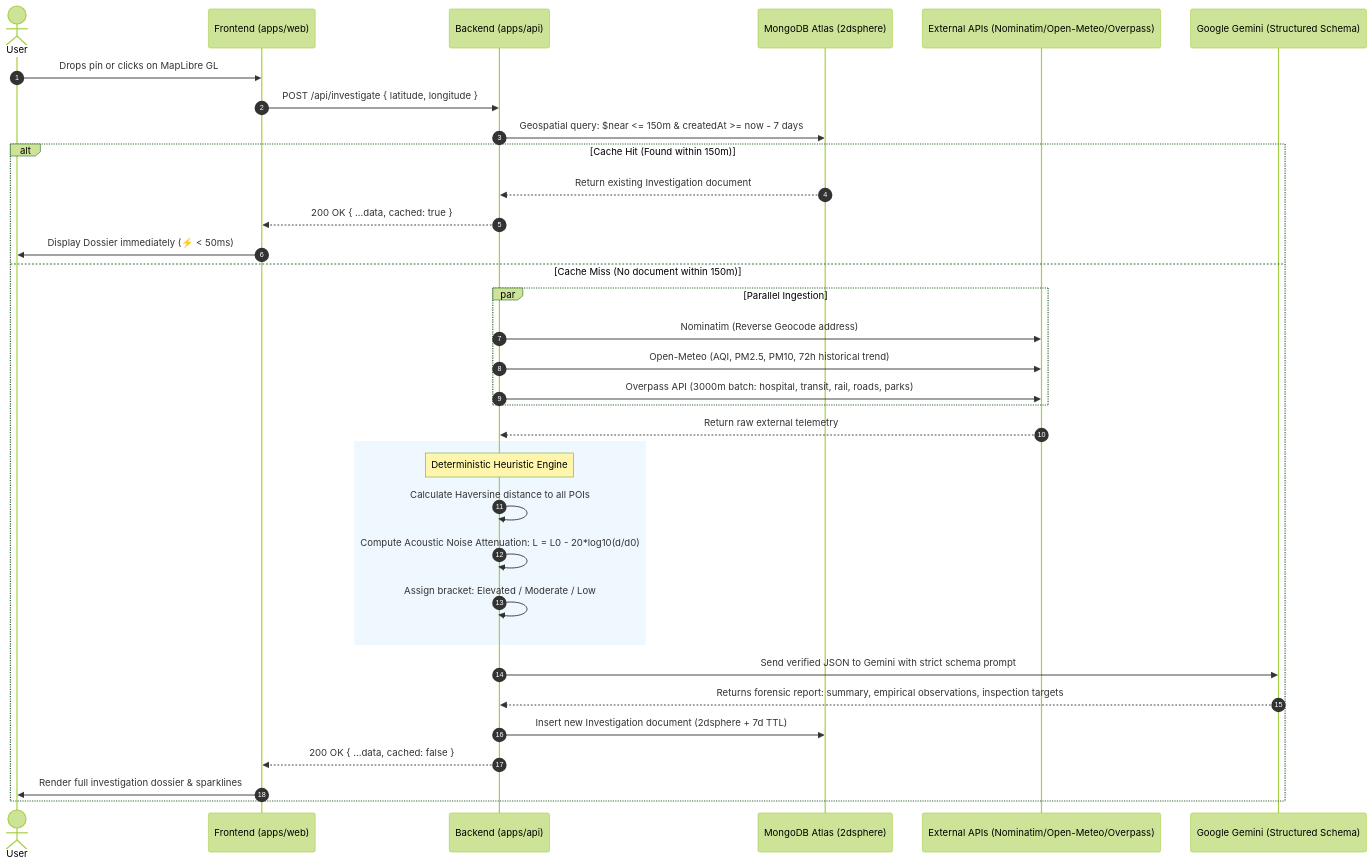
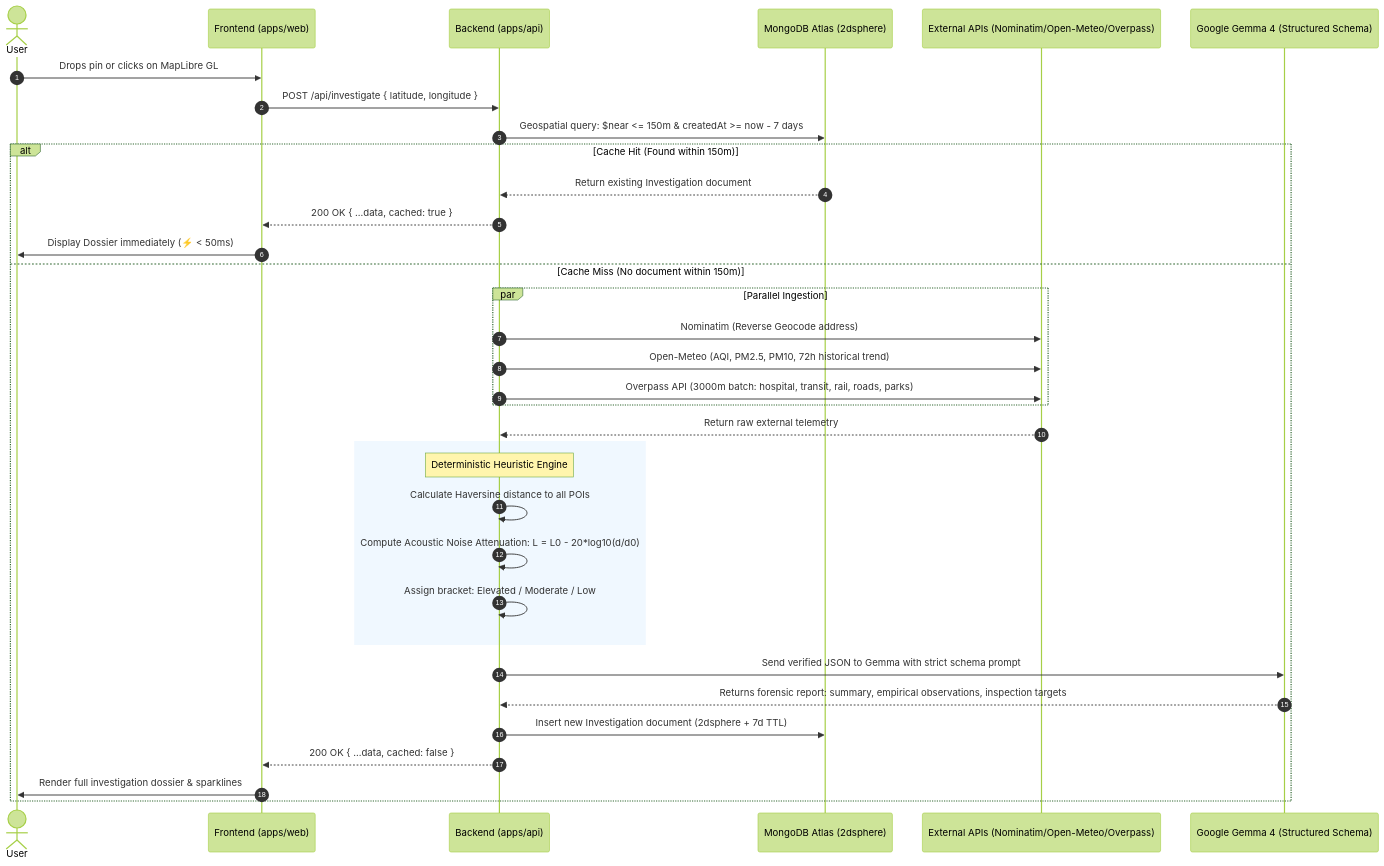
Before and after one commit to Swapnanil-github69/Zonalyze: the diagram in ARCHITECTURE.md, drawn with Mermaid (forest theme). The commit also changed other lines of this file and 8 other files, not shown here.

````diff
--- a/ARCHITECTURE.md
+++ b/ARCHITECTURE.md
@@ -70,41 +70,41 @@
 ```mermaid
 sequenceDiagram
     autonumber
     actor User as User
     participant Web as Frontend (apps/web)
     participant API as Backend (apps/api)
     participant DB as MongoDB Atlas (2dsphere)
     participant Ext as External APIs (Nominatim/Open-Meteo/Overpass)
-    participant AI as Google Gemini (Structured Schema)
+    participant AI as Google Gemma 4 (Structured Schema)
 
     User->>Web: Drops pin or clicks on MapLibre GL
     Web->>API: POST /api/investigate { latitude, longitude }
     API->>DB: Geospatial query: $near <= 150m & createdAt >= now - 7 days
     
     alt Cache Hit (Found within 150m)
         DB-->>API: Return existing Investigation document
         API-->>Web: 200 OK { ...data, cached: true }
         Web->>User: Display Dossier immediately (⚡ < 50ms)
     else Cache Miss (No document within 150m)
         par Parallel Ingestion
             API->>Ext: Nominatim (Reverse Geocode address)
             API->>Ext: Open-Meteo (AQI, PM2.5, PM10, 72h historical trend)
             API->>Ext: Overpass API (3000m batch: hospital, transit, rail, roads, parks)
         end
         Ext-->>API: Return raw external telemetry
 
         rect rgb(240, 248, 255)
             Note over API: Deterministic Heuristic Engine
             API->>API: Calculate Haversine distance to all POIs
             API->>API: Compute Acoustic Noise Attenuation: L = L0 - 20*log10(d/d0)
             API->>API: Assign bracket: Elevated / Moderate / Low
         end
 
-        API->>AI: Send verified JSON to Gemini with strict schema prompt
+        API->>AI: Send verified JSON to Gemma with strict schema prompt
         AI-->>API: Returns forensic report: summary, empirical observations, inspection targets
         
         API->>DB: Insert new Investigation document (2dsphere + 7d TTL)
         API-->>Web: 200 OK { ...data, cached: false }
         Web->>User: Render full investigation dossier & sparklines
     end
 ```
````
